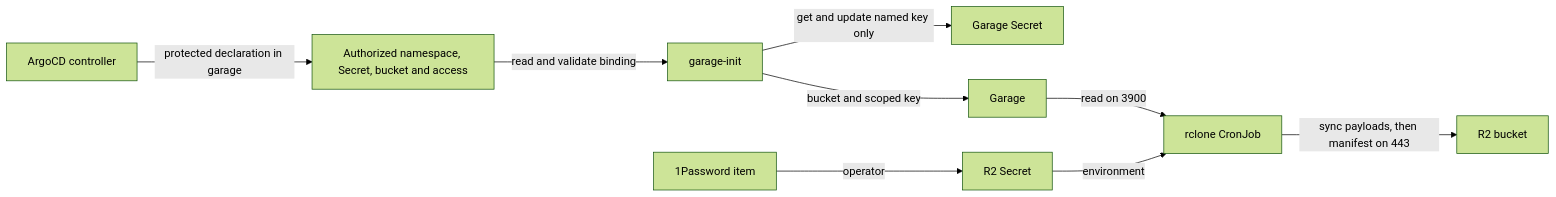
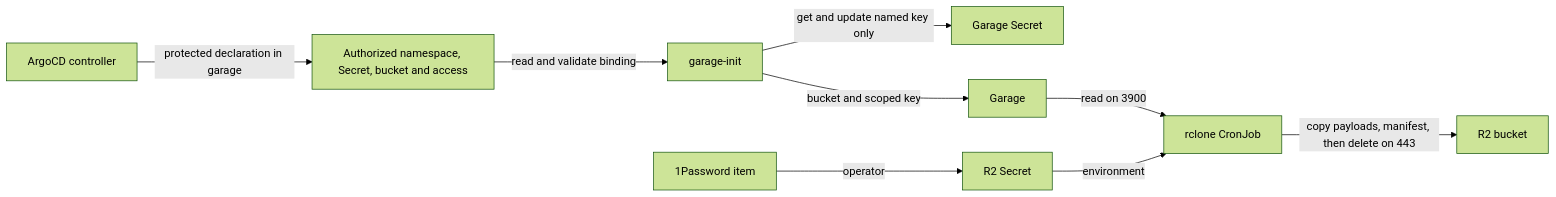
Before and after one commit to jomcgi-org/homelab: the first of 3 diagrams in projects/shared/helm/factory-library/README.md, drawn with Mermaid (forest theme). The commit also changed other lines of this file and 30 other files, not shown here.

````diff
--- a/projects/shared/helm/factory-library/README.md
+++ b/projects/shared/helm/factory-library/README.md
@@ -267,11 +267,11 @@
 ```mermaid
 flowchart LR
   argo[ArgoCD controller] -->|protected declaration in garage| claim[Authorized namespace, Secret, bucket and access]
   claim -->|read and validate binding| init[garage-init]
   init -->|get and update named key only| key[Garage Secret]
   init -->|bucket and scoped key| garage[Garage]
   item[1Password item] -->|operator| credential[R2 Secret]
   garage -->|read on 3900| mirror[rclone CronJob]
   credential -->|environment| mirror
-  mirror -->|sync payloads, then manifest on 443| r2[R2 bucket]
+  mirror -->|copy payloads, manifest, then delete on 443| r2[R2 bucket]
 ```
````
